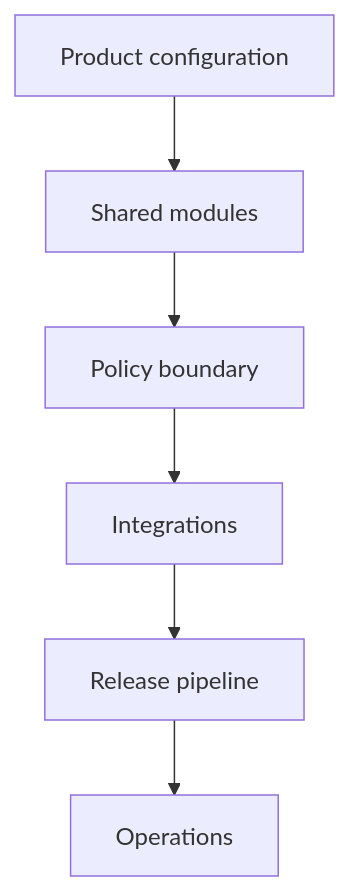
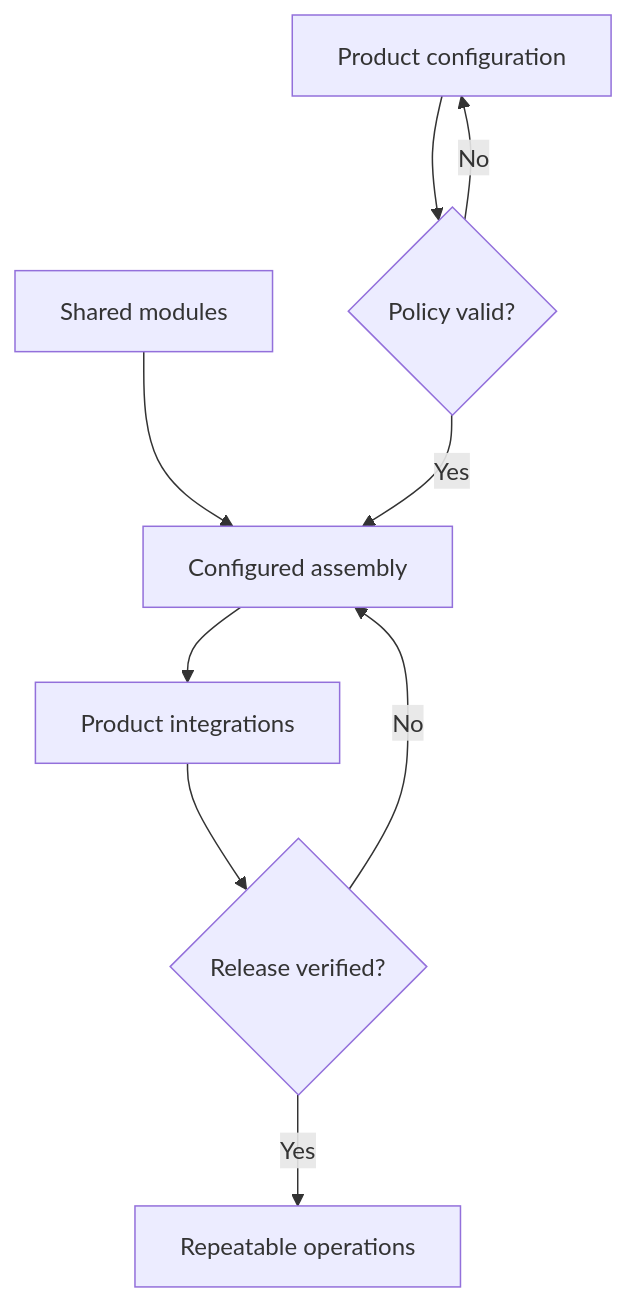
One commit to J0UH/ryze-furnace-system changed the diagram in README.md. Above: the diagram before and after it, drawn with Mermaid. The commit also changed other lines of this file and 2 other files, not shown here.

Commit message:
docs: refine project portfolio

````diff
--- a/README.md
+++ b/README.md
@@ -25,14 +27,13 @@
 ```mermaid
 flowchart TD
-    n0["Product configuration"]
-    n1["Shared modules"]
-    n2["Policy boundary"]
-    n3["Integrations"]
-    n4["Release pipeline"]
-    n5["Operations"]
-    n0 --> n1
-    n1 --> n2
-    n2 --> n3
-    n3 --> n4
-    n4 --> n5
+accTitle: RYZE Furnace
+accDescr: Product policy is validated separately from reusable modules. A configured assembly must pass integration and release verification before it becomes an operating product.
+    config["Product configuration"] --> policy{"Policy valid?"}
+    modules["Shared modules"] --> assemble["Configured assembly"]
+    policy -->|Yes| assemble
+    policy -->|No| config
+    assemble --> integrate["Product integrations"]
+    integrate --> verify{"Release verified?"}
+    verify -->|No| assemble
+    verify -->|Yes| operations["Repeatable operations"]
 ```
````
